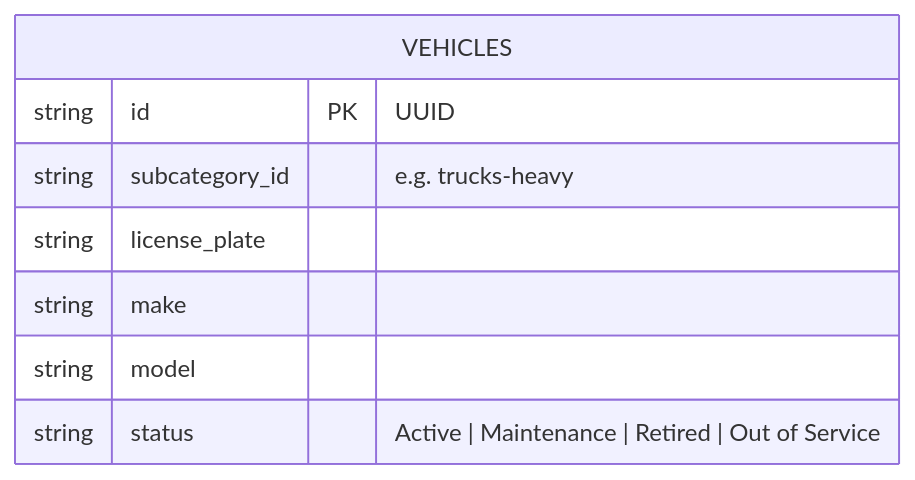
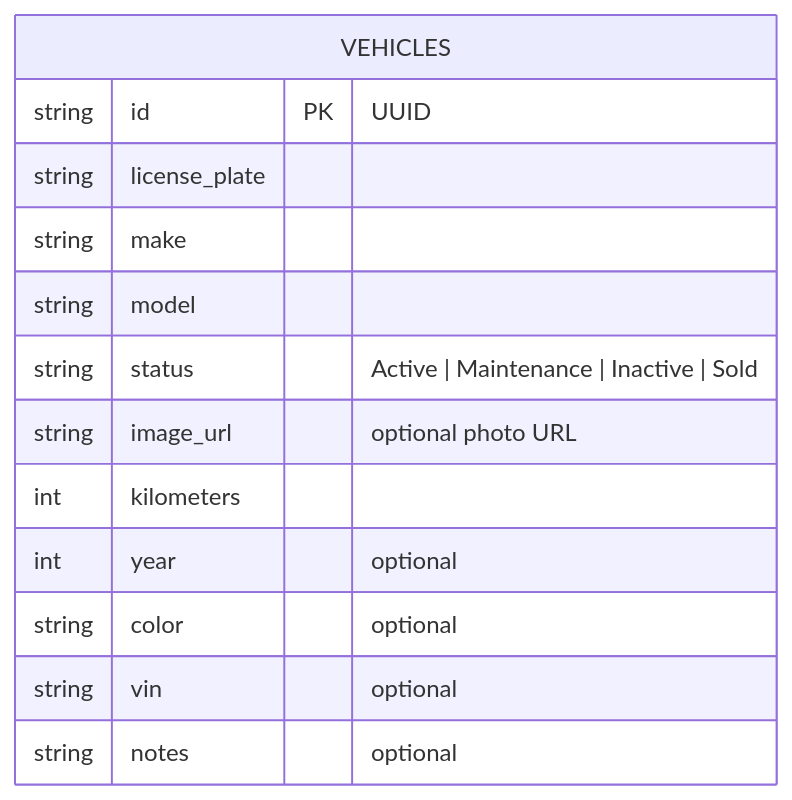
The fourth of 10 diagrams in README.md (ajeske/fleet-app), drawn with Mermaid before and after one commit. The commit also changed other lines of this file and 10 other files, not shown here.

````diff
--- a/README.md
+++ b/README.md
@@ -166,11 +185,16 @@
 ```mermaid
 erDiagram
   VEHICLES {
     string id PK "UUID"
-    string subcategory_id "e.g. trucks-heavy"
     string license_plate
     string make
     string model
-    string status "Active | Maintenance | Retired | Out of Service"
+    string status "Active | Maintenance | Inactive | Sold"
+    string image_url "optional photo URL"
+    int kilometers
+    int year "optional"
+    string color "optional"
+    string vin "optional"
+    string notes "optional"
   }
 ```
````
